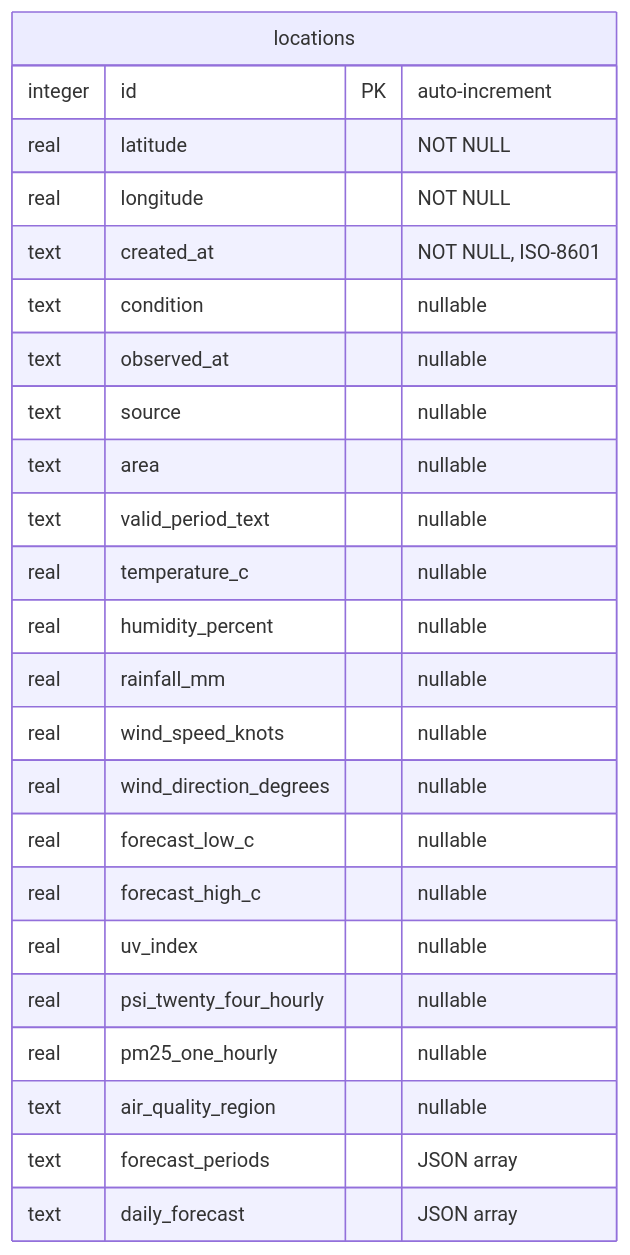
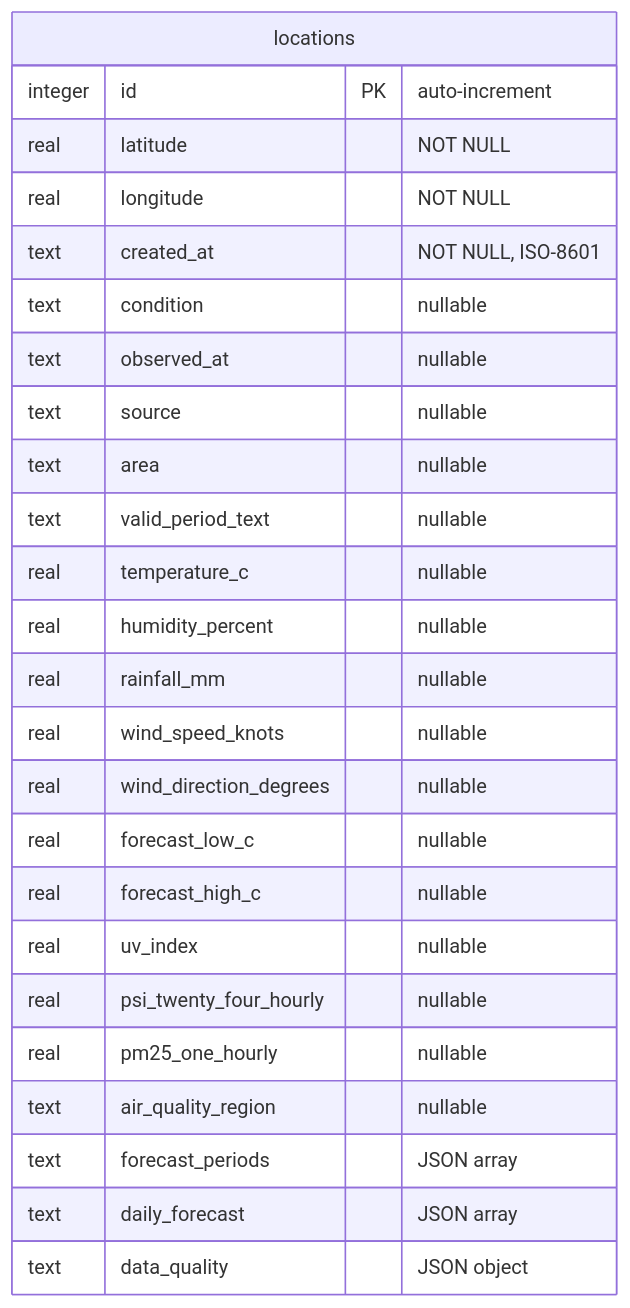
One commit to optiflow/sg-weather-ops-dashboard changed the first of 2 diagrams in docs/src/content/docs/reference/database-schema.md. Above: the diagram before and after it, drawn with Mermaid. The commit also changed other lines of this file and 41 other files, not shown here.

````diff
--- a/docs/src/content/docs/reference/database-schema.md
+++ b/docs/src/content/docs/reference/database-schema.md
@@ -10,27 +10,28 @@
 ```mermaid
 erDiagram
   locations {
     integer id PK "auto-increment"
     real latitude "NOT NULL"
     real longitude "NOT NULL"
     text created_at "NOT NULL, ISO-8601"
     text condition "nullable"
     text observed_at "nullable"
     text source "nullable"
     text area "nullable"
     text valid_period_text "nullable"
     real temperature_c "nullable"
     real humidity_percent "nullable"
     real rainfall_mm "nullable"
     real wind_speed_knots "nullable"
     real wind_direction_degrees "nullable"
     real forecast_low_c "nullable"
     real forecast_high_c "nullable"
     real uv_index "nullable"
     real psi_twenty_four_hourly "nullable"
     real pm25_one_hourly "nullable"
     text air_quality_region "nullable"
     text forecast_periods "JSON array"
     text daily_forecast "JSON array"
+    text data_quality "JSON object"
   }
 ```
````
